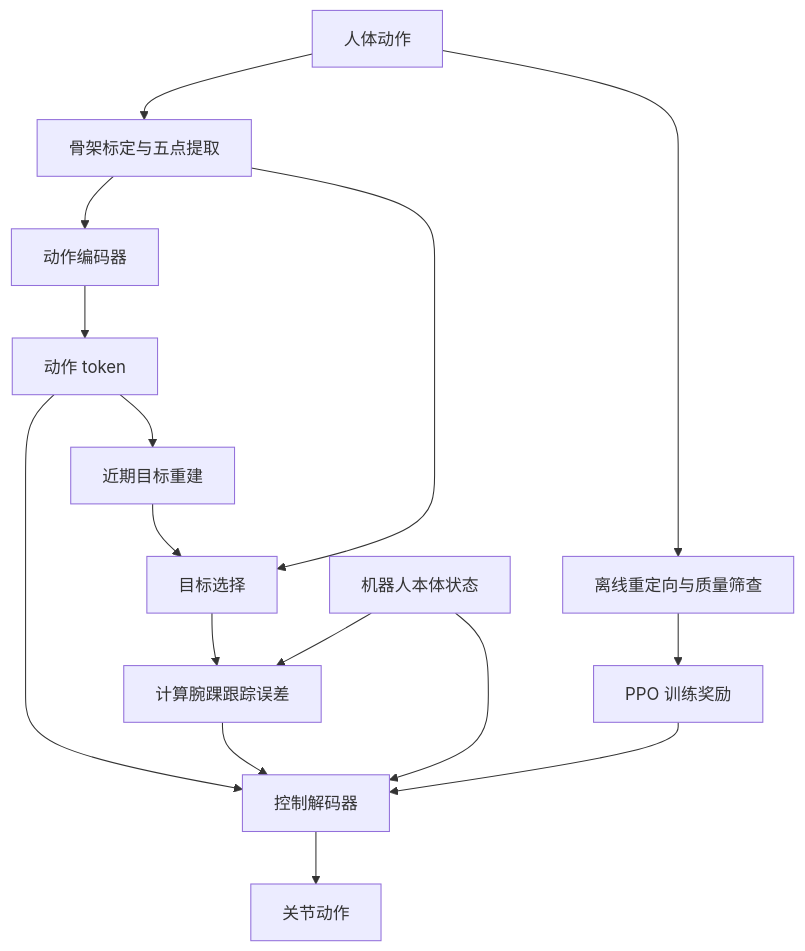
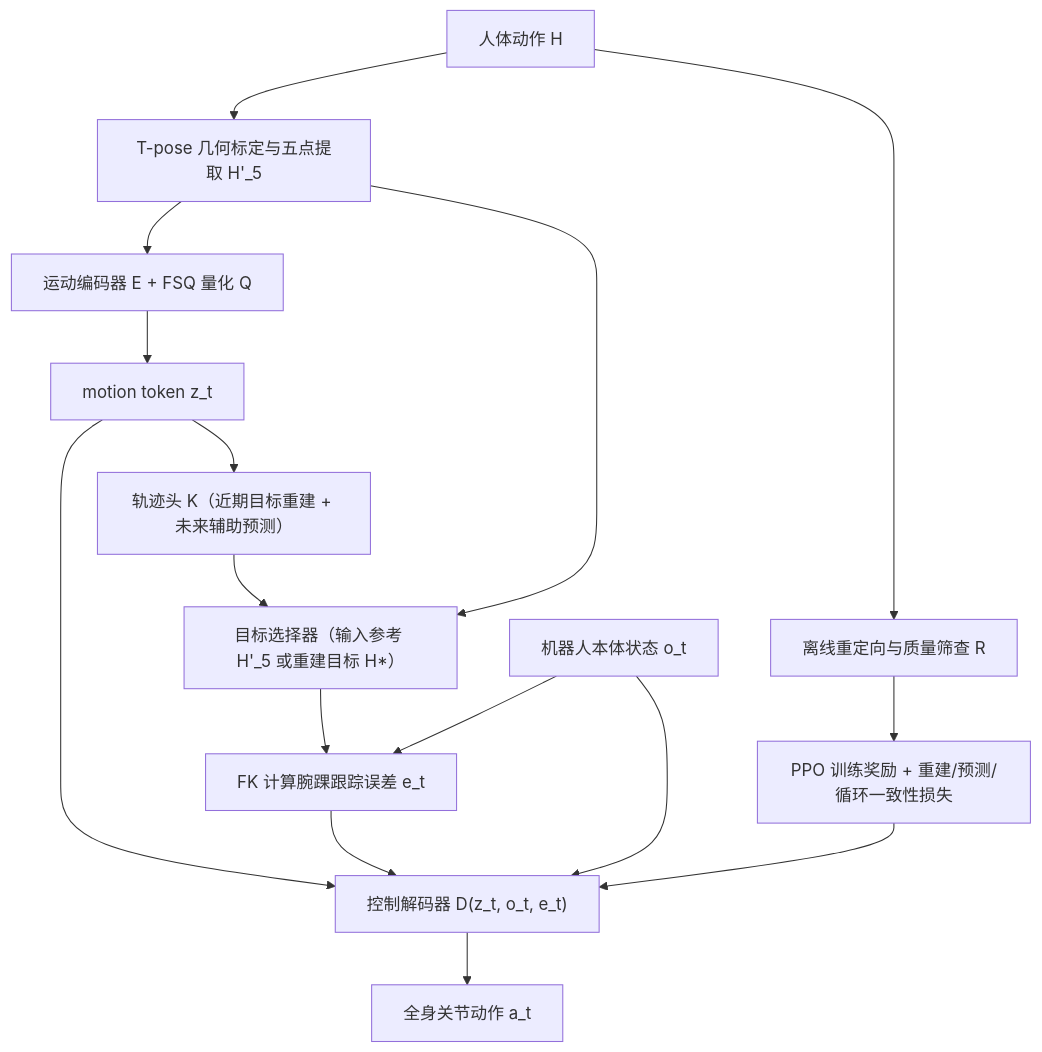
The diagram in wiki/entities/paper-anchor-1.md (ImChong/Robotics_Notebooks), drawn with Mermaid before and after one commit. The commit also changed other lines of this file and 450 other files, not shown here.

Commit message:
[2026-11-22] ingest | sources/ & wiki/ — 补齐 33 家公司路线 165/167 节点一手原文通读、骨架与 Mermaid 图表至 3/3

````diff
--- a/wiki/entities/paper-anchor-1.md
+++ b/wiki/entities/paper-anchor-1.md
@@ -50,18 +63,18 @@
 ```mermaid
 flowchart TD
-    H[人体动作] --> C[骨架标定与五点提取]
-    H --> R[离线重定向与质量筛查]
-    C --> E[动作编码器]
-    E --> Z[动作 token]
-    Z --> D[控制解码器]
-    Z --> P[近期目标重建]
-    C --> T[目标选择]
+    H["人体动作 H"] --> C["T-pose 几何标定与五点提取 H'_5"]
+    H --> R["离线重定向与质量筛查 R"]
+    C --> E["运动编码器 E + FSQ 量化 Q"]
+    E --> Z["motion token z_t"]
+    Z --> D["控制解码器 D(z_t, o_t, e_t)"]
+    Z --> P["轨迹头 K（近期目标重建 + 未来辅助预测）"]
+    C --> T["目标选择器（输入参考 H'_5 或重建目标 H*）"]
     P --> T
-    T --> F[计算腕踝跟踪误差]
-    S[机器人本体状态] --> F
+    T --> F["FK 计算腕踝跟踪误差 e_t"]
+    S["机器人本体状态 o_t"] --> F
     S --> D
     F --> D
-    D --> A[关节动作]
-    R --> Q[PPO 训练奖励]
+    D --> A["全身关节动作 a_t"]
+    R --> Q["PPO 训练奖励 + 重建/预测/循环一致性损失"]
     Q --> D
 ```
````
